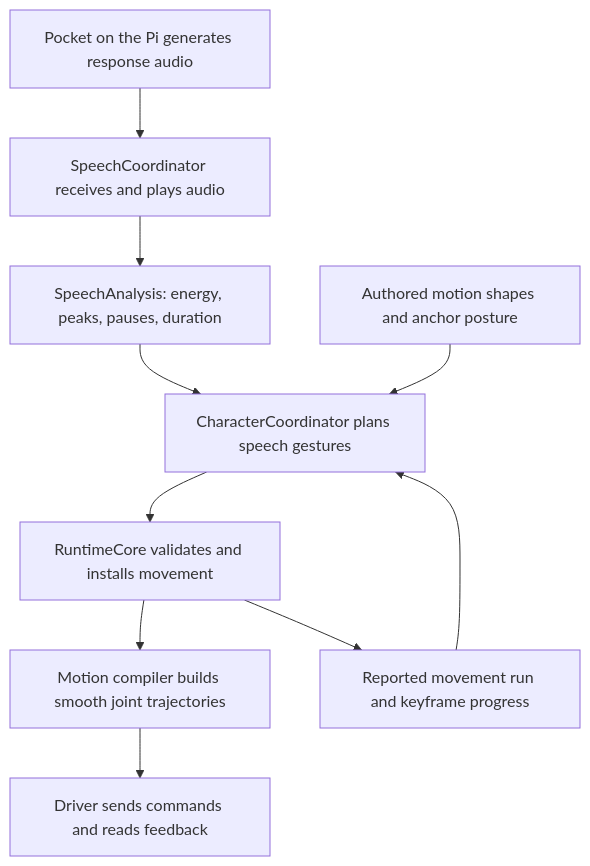
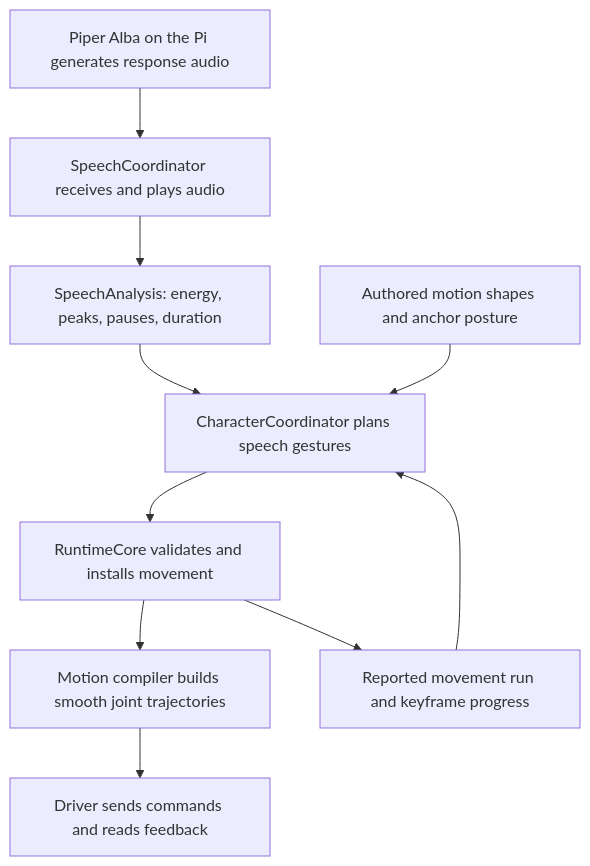
One commit to mofe64/orion changed the diagram in runtime.md. Above: the diagram before and after it, drawn with Mermaid. The commit also changed other lines of this file and 41 other files, not shown here.

````diff
--- a/runtime.md
+++ b/runtime.md
@@ -22,12 +22,12 @@
 ```mermaid
 flowchart TD
-    A[Pocket on the Pi generates response audio] --> B[SpeechCoordinator receives and plays audio]
+    A[Piper Alba on the Pi generates response audio] --> B[SpeechCoordinator receives and plays audio]
     B --> C[SpeechAnalysis: energy, peaks, pauses, duration]
     C --> D[CharacterCoordinator plans speech gestures]
     E[Authored motion shapes and anchor posture] --> D
     D --> F[RuntimeCore validates and installs movement]
     F --> G[Motion compiler builds smooth joint trajectories]
     G --> H[Driver sends commands and reads feedback]
     F --> I[Reported movement run and keyframe progress]
     I --> D
 ```
````
